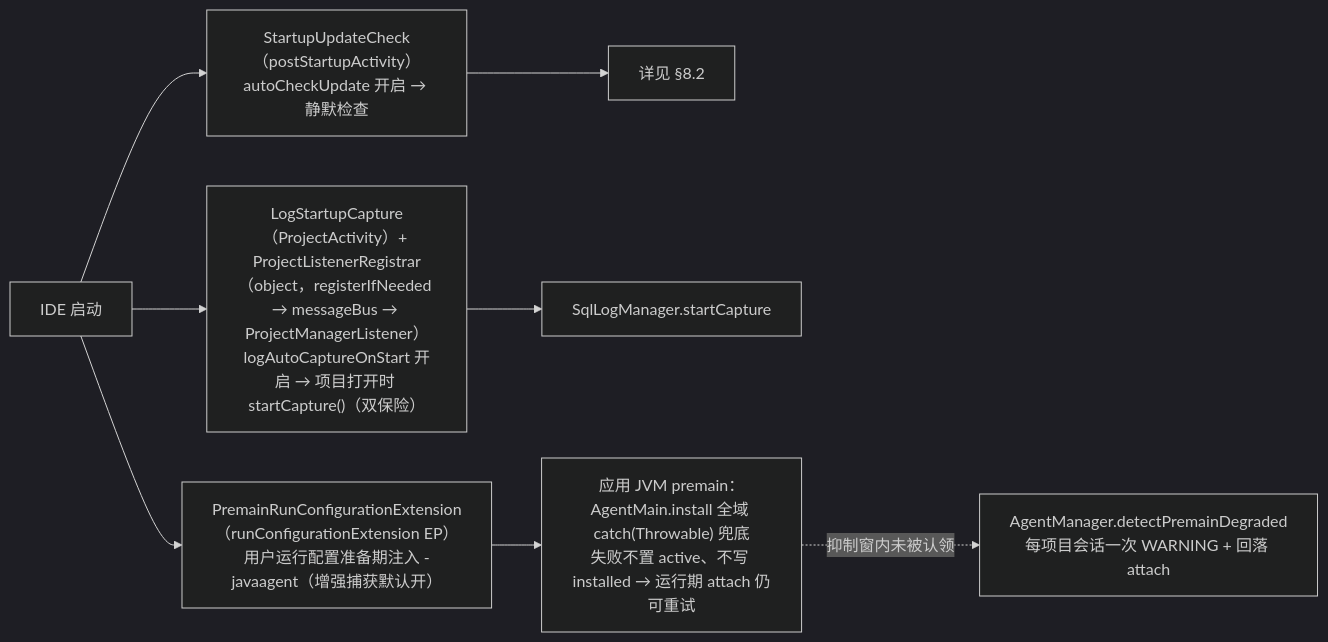
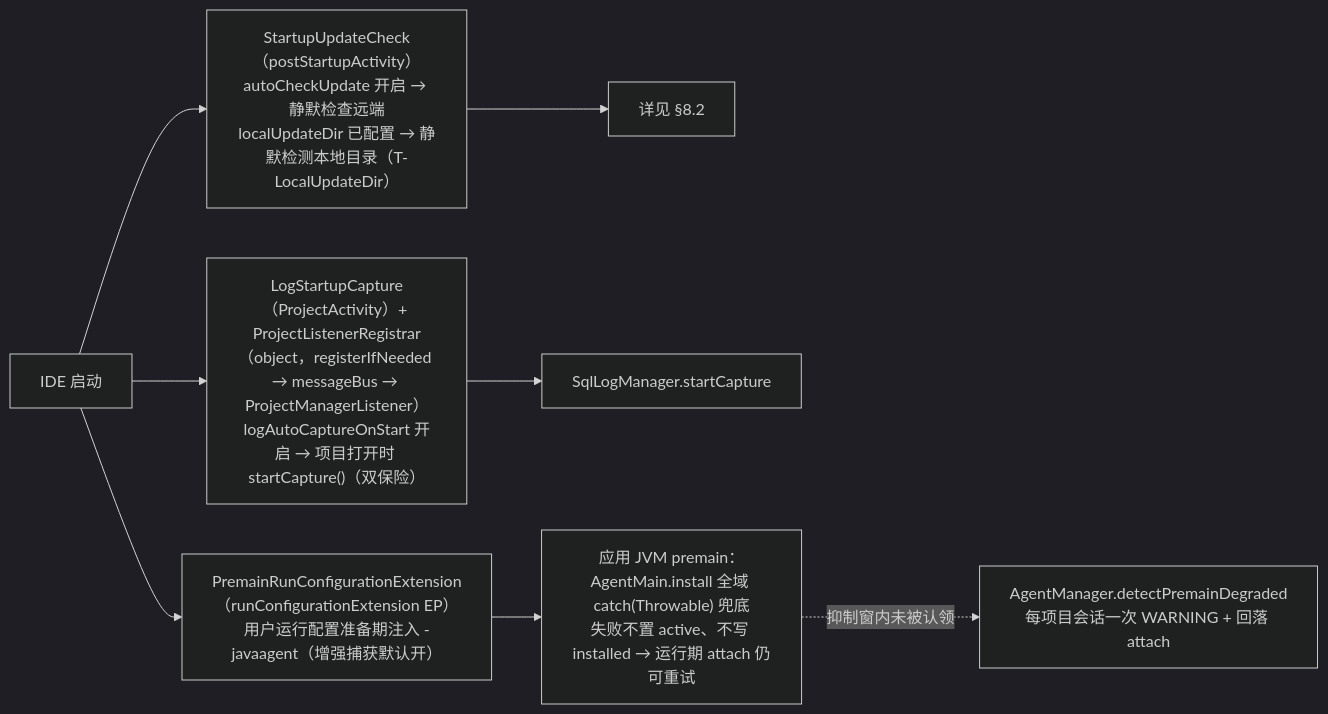
Before and after one commit to SongRenShuo/mybatis-plus-sql-visualizer: diagram 16 of 18 in docs/架构设计/02-核心流程详解.md, drawn with Mermaid (dark theme). The commit also changed other lines of this file and 24 other files, not shown here.

First line of the commit message:
feat(更新): 关于页新增本地安装包目录，自动检测免重启安装（T-LocalUpdateDir）

````diff
--- a/docs/架构设计/02-核心流程详解.md
+++ b/docs/架构设计/02-核心流程详解.md
@@ -716,10 +716,10 @@
 ```mermaid
 flowchart LR
-    IDE["IDE 启动"] --> UC["StartupUpdateCheck（postStartupActivity）<br/>autoCheckUpdate 开启 → 静默检查"]
+    IDE["IDE 启动"] --> UC["StartupUpdateCheck（postStartupActivity）<br/>autoCheckUpdate 开启 → 静默检查远端<br/>localUpdateDir 已配置 → 静默检测本地目录（T-LocalUpdateDir）"]
     IDE --> LC["LogStartupCapture（ProjectActivity）+ ProjectListenerRegistrar（object，registerIfNeeded → messageBus → ProjectManagerListener）<br/>logAutoCaptureOnStart 开启 → 项目打开时 startCapture()（双保险）"]
     IDE --> PRE["PremainRunConfigurationExtension（runConfigurationExtension EP）<br/>用户运行配置准备期注入 -javaagent（增强捕获默认开）"]
     UC --> U["详见 §8.2"]
     LC --> M["SqlLogManager.startCapture"]
     PRE --> PJ["应用 JVM premain：AgentMain.install 全域 catch(Throwable) 兜底<br/>失败不置 active、不写 installed → 运行期 attach 仍可重试"]
     PJ -.->|"抑制窗内未被认领"| DG["AgentManager.detectPremainDegraded<br/>每项目会话一次 WARNING + 回落 attach"]
 ```
````
